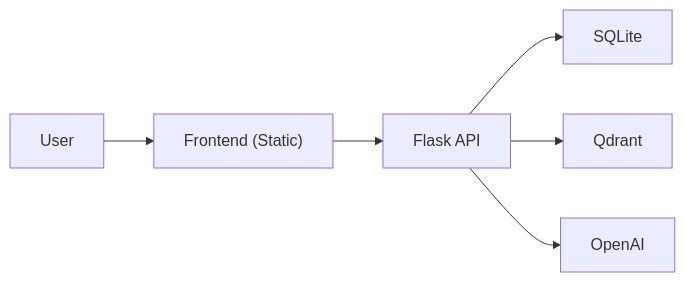
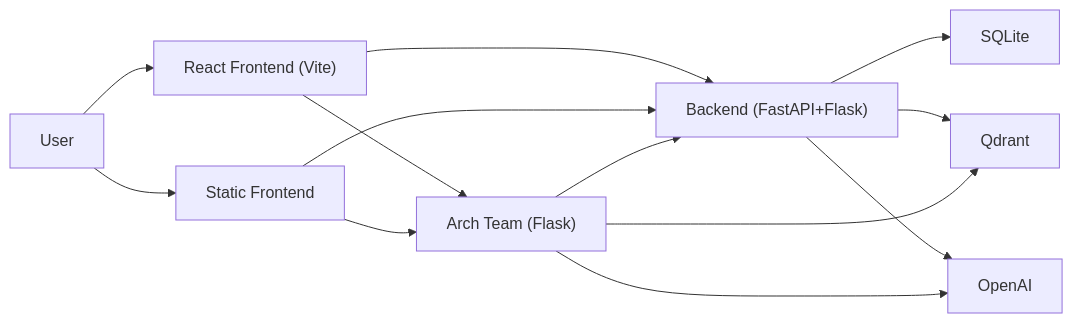
Before and after one commit to Flissel/-req-orchestrator: the seventh of 15 diagrams in docs/architecture/SYSTEM_OVERVIEW.md, drawn with Mermaid. The commit also changed other lines of this file and 128 other files, not shown here.

````diff
--- a/docs/architecture/SYSTEM_OVERVIEW.md
+++ b/docs/architecture/SYSTEM_OVERVIEW.md
@@ -286,15 +472,24 @@
 ```mermaid
 flowchart LR
   user["User"]
-  fe["Frontend (Static)"]
-  api["Flask API"]
+  fe_react["React Frontend (Vite)"]
+  fe_static["Static Frontend"]
+  backend["Backend (FastAPI+Flask)"]
+  arch["Arch Team (Flask)"]
   db["SQLite"]
   qd["Qdrant"]
   oa["OpenAI"]
 
-  user --> fe
-  fe --> api
-  api --> db
-  api --> qd
-  api --> oa
+  user --> fe_react
+  user --> fe_static
+  fe_react --> backend
+  fe_react --> arch
+  fe_static --> backend
+  fe_static --> arch
+  backend --> db
+  backend --> qd
+  backend --> oa
+  arch --> qd
+  arch --> oa
+  arch --> backend
 ```
````
